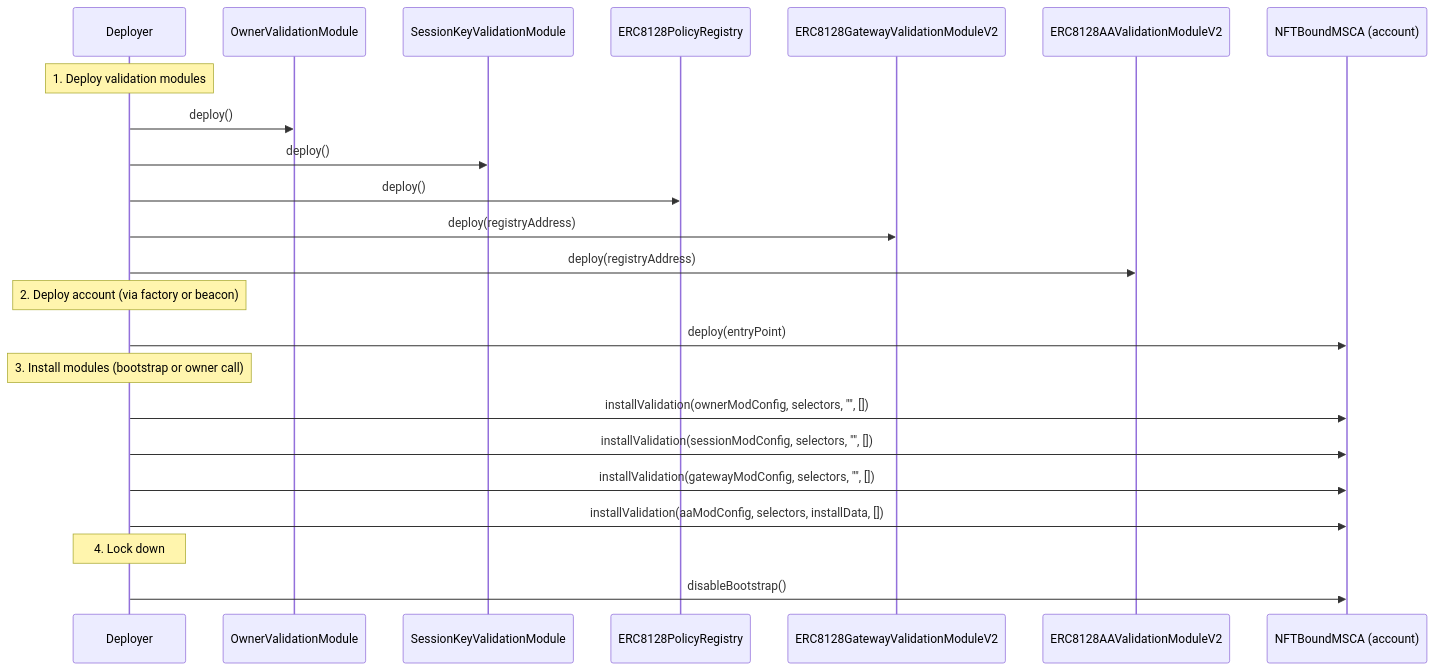
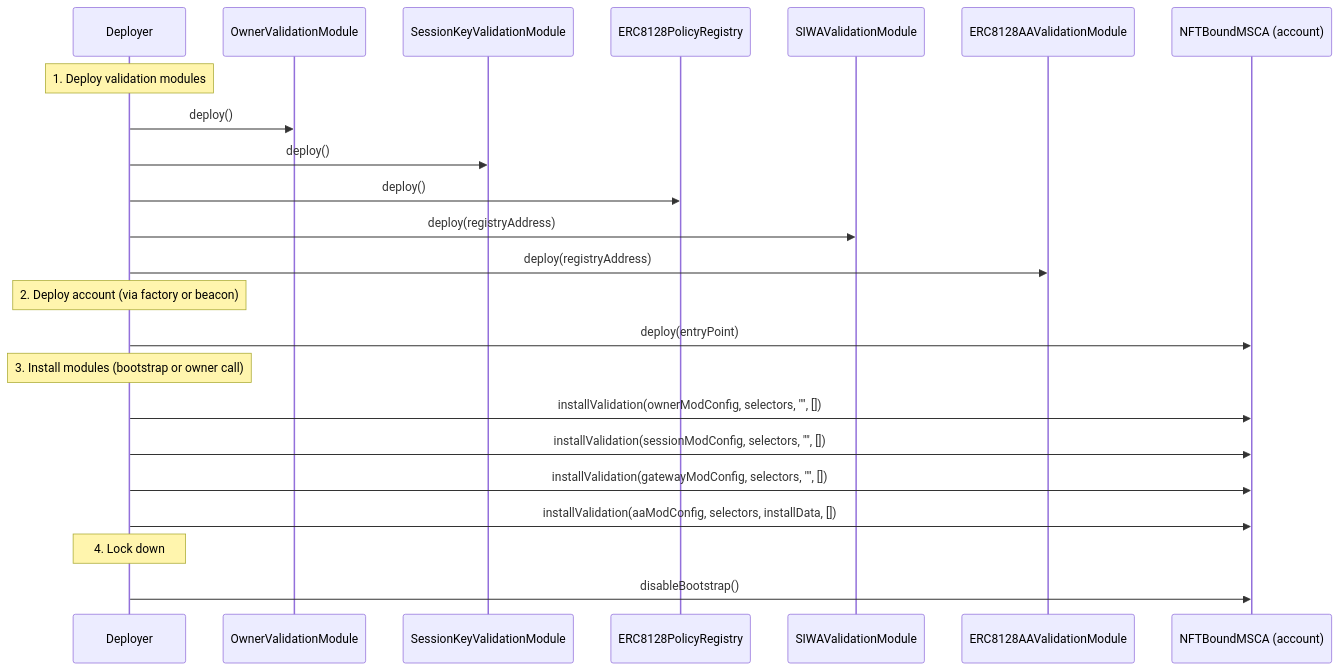
Before and after one commit to EqualFiLabs/agent-wallet-core: diagram 26 of 26 in docs/ERC6900-Modular-Account-Integration-Design.md, drawn with Mermaid. The commit also changed other lines of this file and 16 other files, not shown here.

````diff
--- a/docs/ERC6900-Modular-Account-Integration-Design.md
+++ b/docs/ERC6900-Modular-Account-Integration-Design.md
@@ -1062,29 +1062,29 @@
 ```mermaid
 sequenceDiagram
     participant Deployer
     participant OwnerMod as OwnerValidationModule
     participant SessionMod as SessionKeyValidationModule
     participant Registry as ERC8128PolicyRegistry
-    participant GatewayMod as ERC8128GatewayValidationModuleV2
-    participant AAMod as ERC8128AAValidationModuleV2
+    participant GatewayMod as SIWAValidationModule
+    participant AAMod as ERC8128AAValidationModule
     participant SCA as NFTBoundMSCA (account)
 
     Note over Deployer: 1. Deploy validation modules
     Deployer->>OwnerMod: deploy()
     Deployer->>SessionMod: deploy()
     Deployer->>Registry: deploy()
     Deployer->>GatewayMod: deploy(registryAddress)
     Deployer->>AAMod: deploy(registryAddress)
 
     Note over Deployer: 2. Deploy account (via factory or beacon)
     Deployer->>SCA: deploy(entryPoint)
 
     Note over Deployer: 3. Install modules (bootstrap or owner call)
     Deployer->>SCA: installValidation(ownerModConfig, selectors, "", [])
     Deployer->>SCA: installValidation(sessionModConfig, selectors, "", [])
     Deployer->>SCA: installValidation(gatewayModConfig, selectors, "", [])
     Deployer->>SCA: installValidation(aaModConfig, selectors, installData, [])
 
     Note over Deployer: 4. Lock down
     Deployer->>SCA: disableBootstrap()
 ```
````
